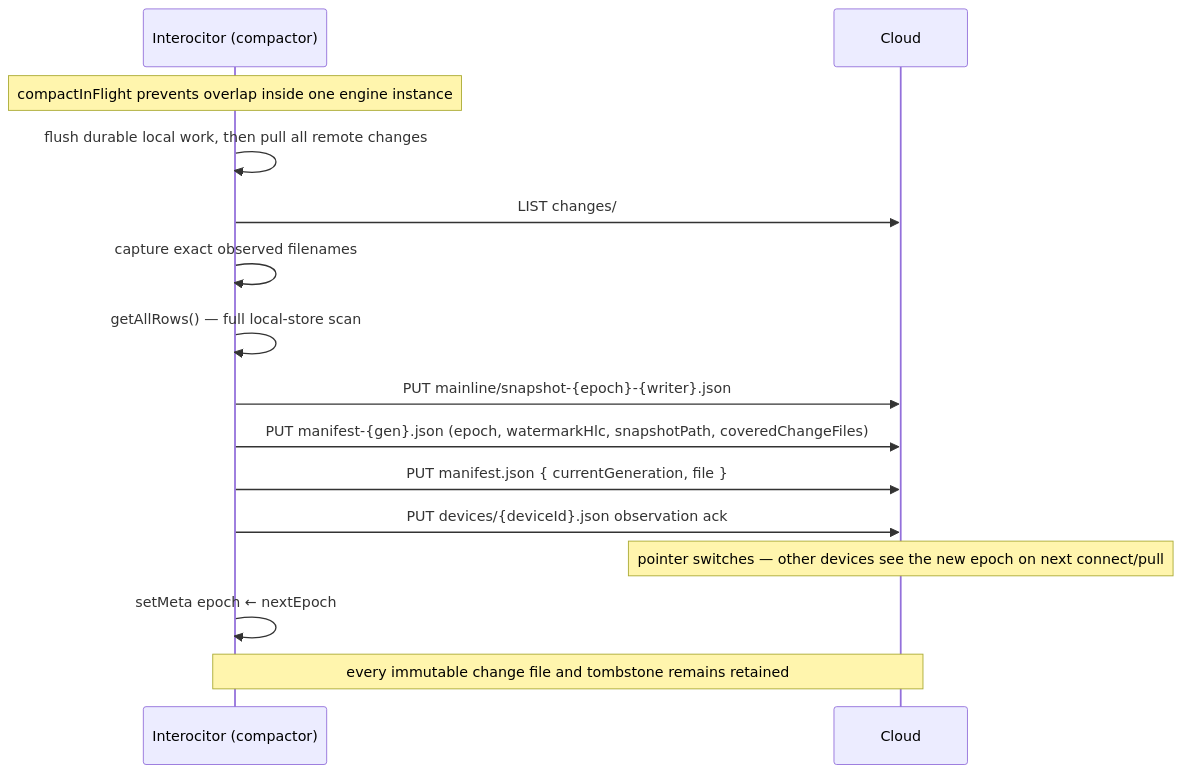
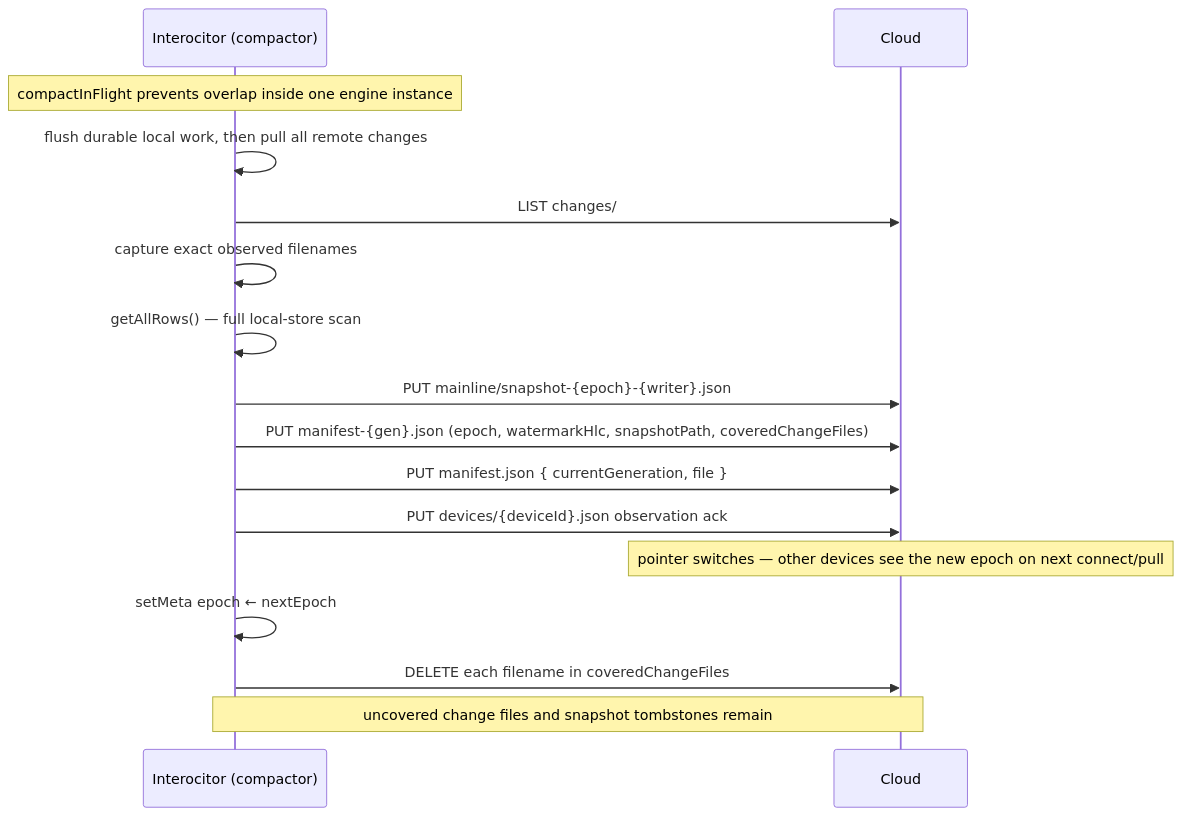
Before and after one commit to Machine-Garden/interocitor: the fourth of 7 diagrams in docs/flows.md, drawn with Mermaid. The commit also changed other lines of this file and 50 other files, not shown here.

````diff
--- a/docs/flows.md
+++ b/docs/flows.md
@@ -150,20 +150,21 @@
 ```mermaid
 sequenceDiagram
     participant E as Interocitor (compactor)
     participant C as Cloud
 
     Note over E: compactInFlight prevents overlap inside one engine instance
     E->>E: flush durable local work, then pull all remote changes
     E->>C: LIST changes/
     E->>E: capture exact observed filenames
     E->>E: getAllRows() — full local-store scan
     E->>C: PUT mainline/snapshot-{epoch}-{writer}.json
     E->>C: PUT manifest-{gen}.json (epoch, watermarkHlc, snapshotPath, coveredChangeFiles)
     E->>C: PUT manifest.json { currentGeneration, file }
     E->>C: PUT devices/{deviceId}.json observation ack
     Note over C: pointer switches — other devices see the new epoch on next connect/pull
 
     E->>E: setMeta epoch ← nextEpoch
 
-    Note over E,C: every immutable change file and tombstone remains retained
+    E->>C: DELETE each filename in coveredChangeFiles
+    Note over E,C: uncovered change files and snapshot tombstones remain
 ```
````
